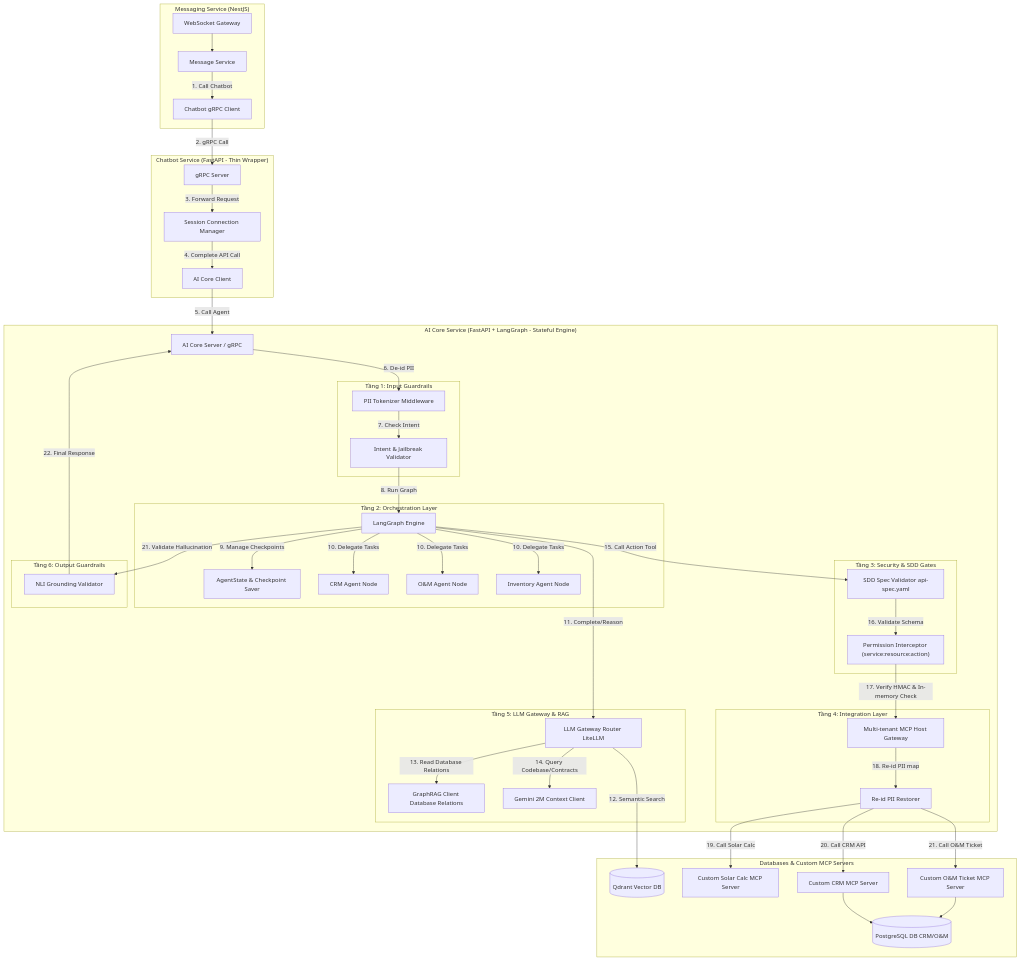
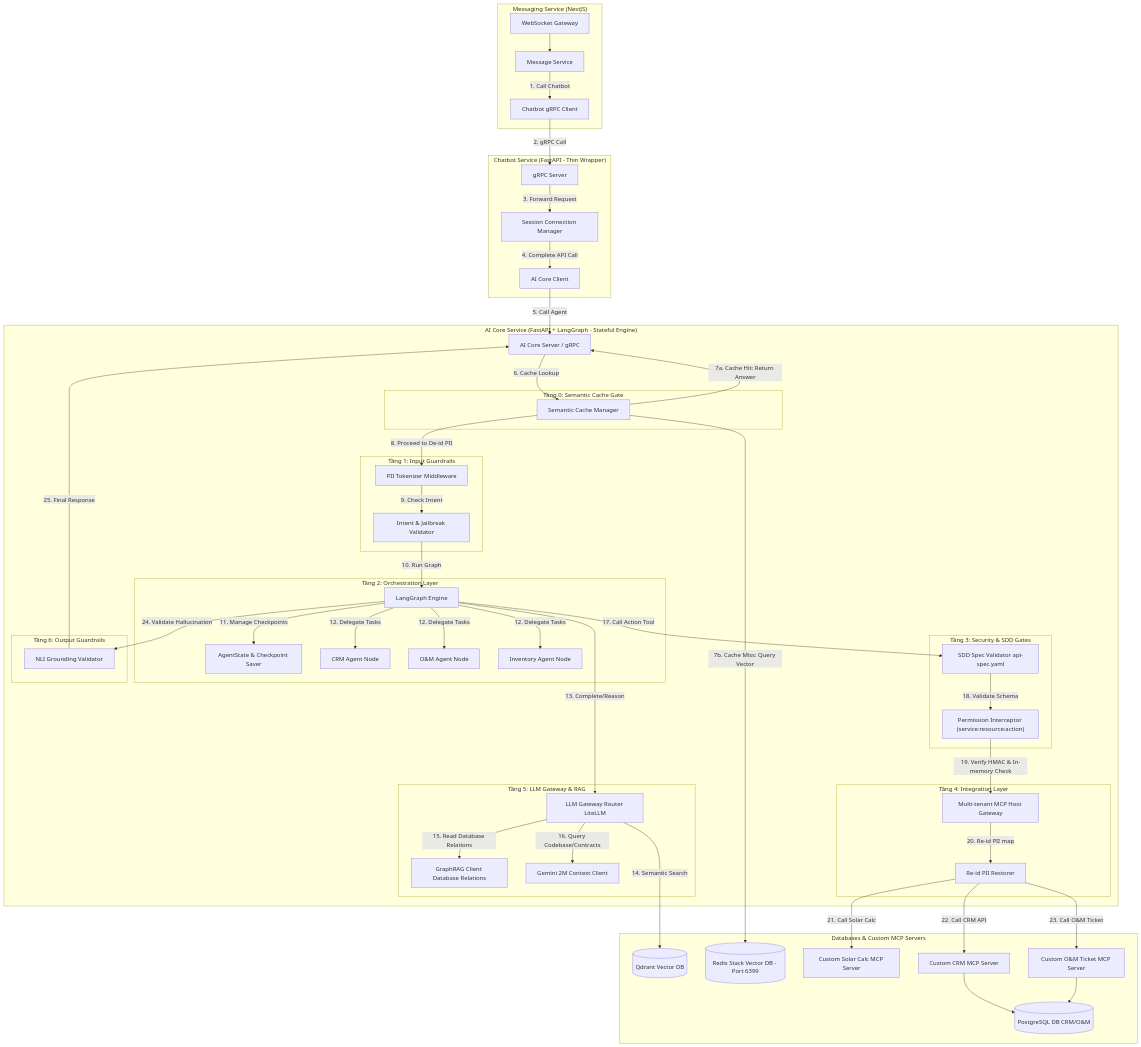
Before and after one commit to hugg4u/solavie-platform: the second of 4 diagrams in docs/SRS/09_System_Architecture.md, drawn with Mermaid. The commit also changed other lines of this file and 16 other files, not shown here.

Commit message:
docs: initialize system documentation and technical design specifications for AI Core, CRM, and Gateway services

````diff
--- a/docs/SRS/09_System_Architecture.md
+++ b/docs/SRS/09_System_Architecture.md
@@ -131,6 +133,11 @@
     subgraph "AI Core Service (FastAPI + LangGraph - Stateful Engine)"
         ai_core_server[AI Core Server / gRPC]
         
+        %% Tầng 0: Semantic Cache
+        subgraph "Tầng 0: Semantic Cache Gate"
+            sem_cache[Semantic Cache Manager]
+        end
+
         %% Tầng 1: Input Guardrail
         subgraph "Tầng 1: Input Guardrails"
             pii_tok[PII Tokenizer Middleware]
@@ -174,6 +181,7 @@
     subgraph "Databases & Custom MCP Servers"
         pg_db[(PostgreSQL DB CRM/O&M)]
         qdrant[(Qdrant Vector DB)]
+        redis_stack[(Redis Stack Vector DB - Port 6399)]
         mcp_solar[Custom Solar Calc MCP Server]
         mcp_crm[Custom CRM MCP Server]
         mcp_om[Custom O&M Ticket MCP Server]
@@ -187,31 +195,35 @@
 
     %% Luồng AI Core
     ai_core_client -->|5. Call Agent| ai_core_server
-    ai_core_server -->|6. De-id PII| pii_tok
-    pii_tok -->|7. Check Intent| intent_val
-    intent_val -->|8. Run Graph| langgraph_core
+    ai_core_server -->|6. Cache Lookup| sem_cache
+    sem_cache -->|7a. Cache Hit: Return Answer| ai_core_server
+    sem_cache -->|7b. Cache Miss: Query Vector| redis_stack
+    sem_cache -->|8. Proceed to De-id PII| pii_tok
+    pii_tok -->|9. Check Intent| intent_val
+    intent_val -->|10. Run Graph| langgraph_core
     
-    langgraph_core -->|9. Manage Checkpoints| agent_state
-    langgraph_core -->|10. Delegate Tasks| crm_agent & om_agent & inv_agent
+    langgraph_core -->|11. Manage Checkpoints| agent_state
+    langgraph_core -->|12. Delegate Tasks| crm_agent & om_agent & inv_agent
     
-    langgraph_core -->|11. Complete/Reason| llm_router
-    llm_router -->|12. Semantic Search| qdrant
-    llm_router -->|13. Read Database Relations| graph_rag
-    llm_router -->|14. Query Codebase/Contracts| gemini_long
+    langgraph_core -->|13. Complete/Reason| llm_router
+    llm_router -->|14. Semantic Search| qdrant
+    llm_router -->|15. Read Database Relations| graph_rag
+    llm_router -->|16. Query Codebase/Contracts| gemini_long
 
     %% Chốt chặn Tool Call
-    langgraph_core -->|15. Call Action Tool| spec_val
-    spec_val -->|16. Validate Schema| perm_gate
-    perm_gate -->|17. Verify HMAC & In-memory Check| mcp_host
+    langgraph_core -->|17. Call Action Tool| spec_val
+    spec_val -->|18. Validate Schema| perm_gate
+    perm_gate -->|19. Verify HMAC & In-memory Check| mcp_host
     
     %% Thực thi Tool và Phân giải PII
-    mcp_host -->|18. Re-id PII map| re_id
-    re_id -->|19. Call Solar Calc| mcp_solar
-    re_id -->|20. Call CRM API| mcp_crm
-    re_id -->|21. Call O&M Ticket| mcp_om
+    mcp_host -->|20. Re-id PII map| re_id
+    re_id -->|21. Call Solar Calc| mcp_solar
+    re_id -->|22. Call CRM API| mcp_crm
+    re_id -->|23. Call O&M Ticket| mcp_om
     mcp_crm & mcp_om --> pg_db
 
     %% Kiểm soát đầu ra
-    langgraph_core -->|21. Validate Hallucination| nli_val
-    nli_val -->|22. Final Response| ai_core_server
+    langgraph_core -->|24. Validate Hallucination| nli_val
+    nli_val -->|25. Final Response| ai_core_server
+
 ```
````
